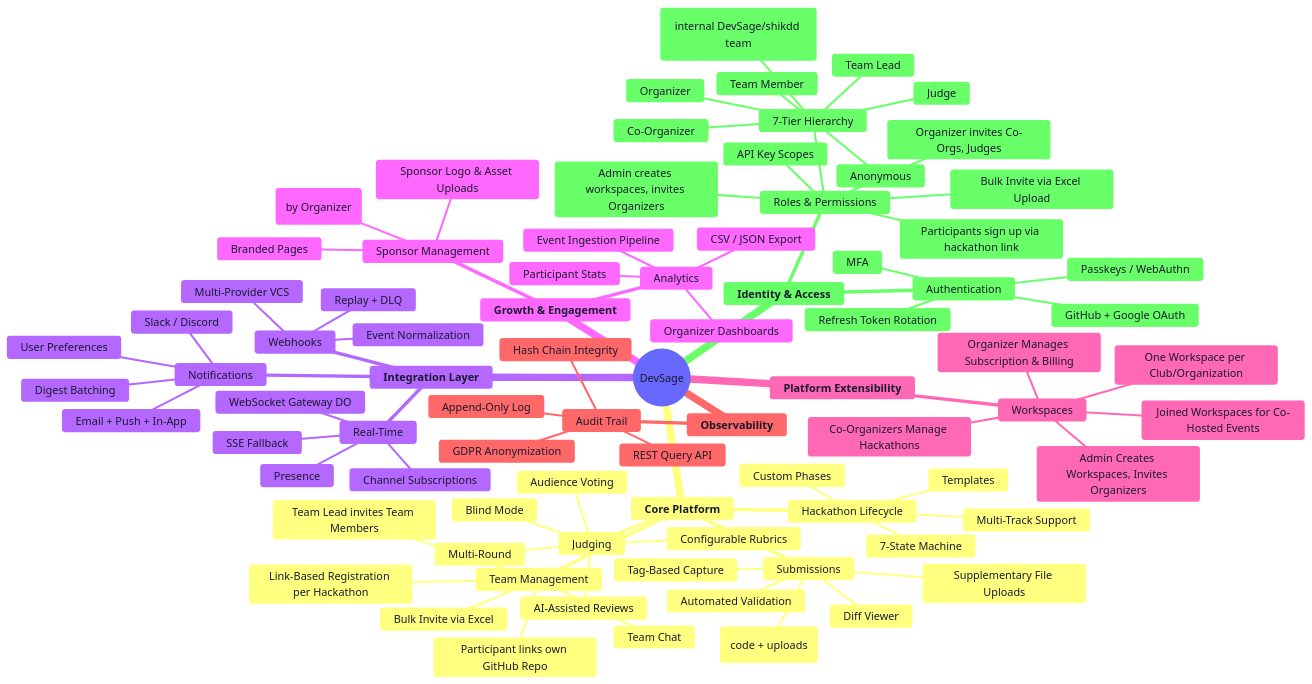
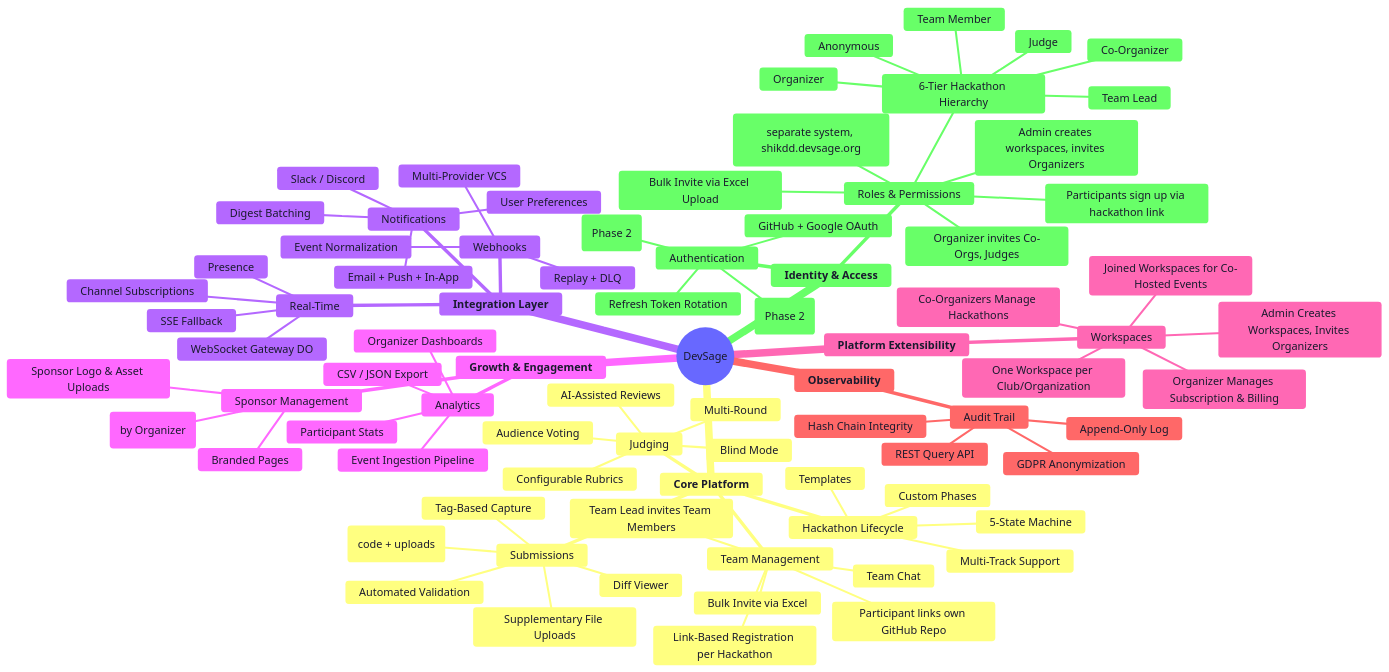
One commit to devangshupandey2025-stack/DevSage changed the fourth of 8 diagrams in docs/v3/planned/00-overview.md. Above: the diagram before and after it, drawn with Mermaid. The commit also changed other lines of this file, not shown here.

Commit message:
docs(overview): align state machine, role hierarchy, and table counts with canonical spec
Ultraworked with [Sisyphus](https://github.com/code-yeongyu/oh-my-Claude)

```diff
--- a/docs/v3/planned/00-overview.md
+++ b/docs/v3/planned/00-overview.md
@@ -212,26 +212,25 @@
     **Identity & Access**
       Authentication
         GitHub + Google OAuth
-        Passkeys / WebAuthn
+        Passkeys / WebAuthn (Phase 2)
         Refresh Token Rotation
-        MFA
+        MFA (Phase 2)
       Roles & Permissions
-        7-Tier Hierarchy
+        6-Tier Hackathon Hierarchy
           Anonymous
           Team Member
           Team Lead
           Judge
           Co-Organizer
           Organizer
-          Admin (internal DevSage/shikdd team)
+        Platform Admin (separate system, shikdd.devsage.org)
         Admin creates workspaces, invites Organizers
         Organizer invites Co-Orgs, Judges
         Participants sign up via hackathon link
         Bulk Invite via Excel Upload
-        API Key Scopes
     **Core Platform**
       Hackathon Lifecycle
-        7-State Machine
+        5-State Machine
         Multi-Track Support
         Templates
         Custom Phases
```
